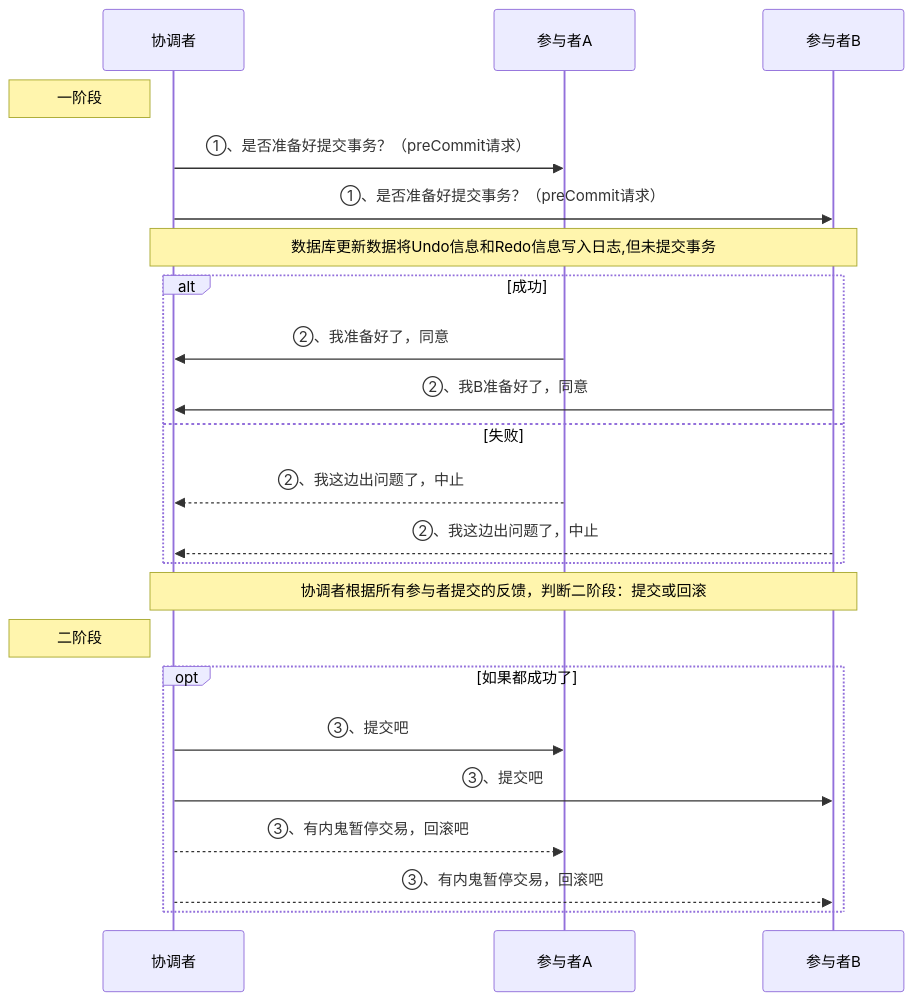
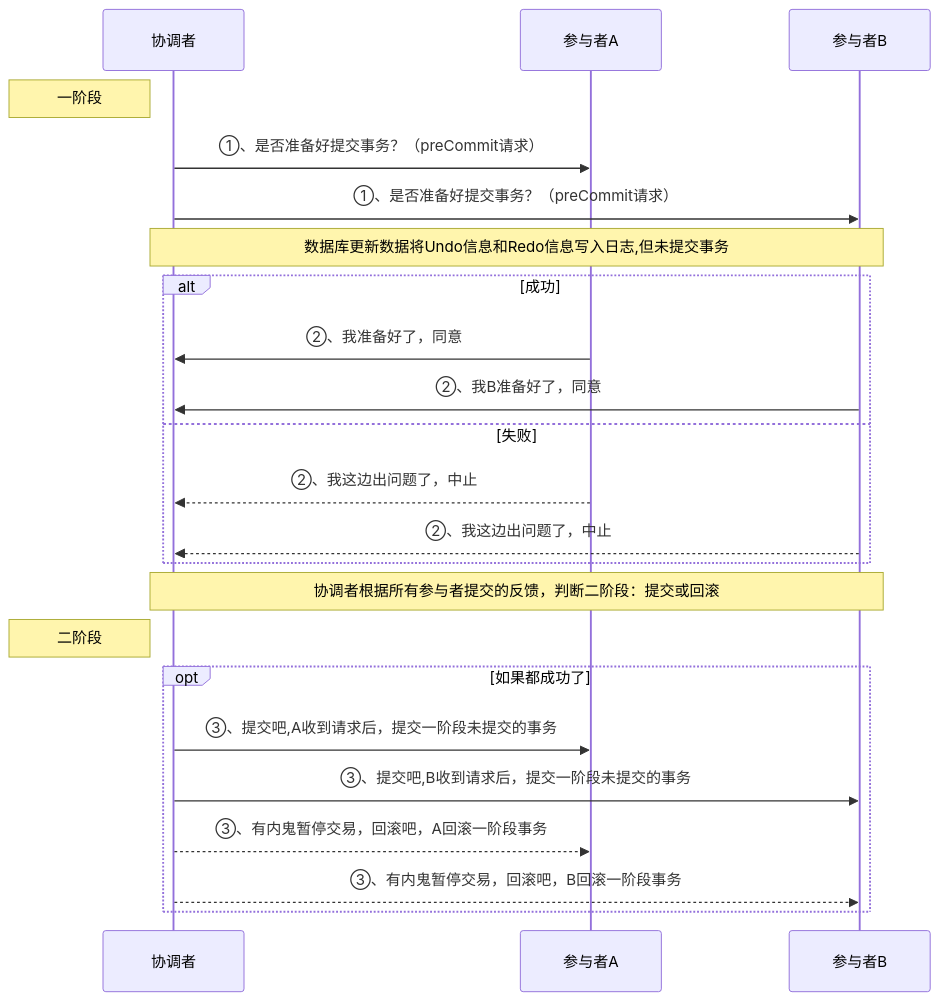
One commit to rstyro/blog changed the first of 3 diagrams in source/_posts/分布式事务理论与Seata示例.md. Above: the diagram before and after it, drawn with Mermaid. The commit also changed other lines of this file and 7 other files, not shown here.

````diff
--- a/source/_posts/分布式事务理论与Seata示例.md
+++ b/source/_posts/分布式事务理论与Seata示例.md
@@ -130,23 +130,23 @@
 ```mermaid
 sequenceDiagram
 Note left of 协调者: 一阶段
 协调者->>参与者A: ①、是否准备好提交事务？（preCommit请求）
 协调者->>参与者B: ①、是否准备好提交事务？（preCommit请求）
 Note over 协调者,参与者B: 数据库更新数据将Undo信息和Redo信息写入日志,但未提交事务
 alt 成功
 参与者A->>协调者: ②、我准备好了，同意
 参与者B->>协调者: ②、我B准备好了，同意
 else 失败
 参与者A-->>协调者: ②、我这边出问题了，中止
 参与者B-->>协调者: ②、我这边出问题了，中止
 end
 
 Note over 协调者,参与者B: 协调者根据所有参与者提交的反馈，判断二阶段：提交或回滚
 Note left of 协调者: 二阶段
 opt 如果都成功了
-协调者->>参与者A: ③、提交吧
-协调者->>参与者B: ③、提交吧
-协调者-->>参与者A: ③、有内鬼暂停交易，回滚吧
-协调者-->>参与者B: ③、有内鬼暂停交易，回滚吧
+协调者->>参与者A: ③、提交吧,A收到请求后，提交一阶段未提交的事务
+协调者->>参与者B: ③、提交吧,B收到请求后，提交一阶段未提交的事务
+协调者-->>参与者A: ③、有内鬼暂停交易，回滚吧，A回滚一阶段事务
+协调者-->>参与者B: ③、有内鬼暂停交易，回滚吧，B回滚一阶段事务
 end
 ```
````
